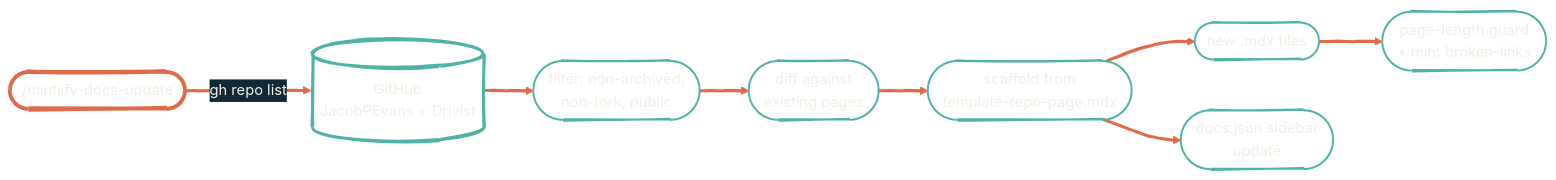
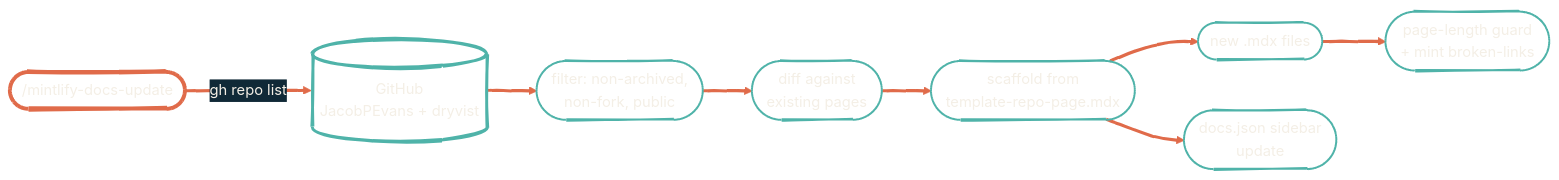
The diagram in tools/automation.mdx (dryvist/docs), drawn with Mermaid before and after one commit. The commit also changed other lines of this file and 7 other files, not shown here.

````diff
--- a/tools/automation.mdx
+++ b/tools/automation.mdx
@@ -13,22 +13,22 @@
 ```mermaid
 %%{init: {'theme':'base','look':'handDrawn','themeVariables':{'primaryColor':'#4FB3A9','primaryTextColor':'#F4EFE6','primaryBorderColor':'#2F7E78','lineColor':'#E06B4A','secondaryColor':'#102937','tertiaryColor':'#0B1D2A','clusterBkg':'transparent','clusterBorder':'#4FB3A9','fontFamily':'Geist','fontSize':'15px'}}}%%
 flowchart LR
-  Skill(["/mintlify-docs-update"]) -->|gh repo list| Repos[("GitHub<br/>JacobPEvans + Drivist")]
+  Skill(["/mintlify-docs-update"]) -->|gh repo list| Repos[("GitHub<br/>JacobPEvans + dryvist")]
   Repos --> Filter(["filter: non-archived,<br/>non-fork, public"])
   Filter --> Diff(["diff against<br/>existing pages"])
   Diff --> Tmpl(["scaffold from<br/>template-repo-page.mdx"])
   Tmpl --> Pages(["new .mdx files"])
   Tmpl --> Nav(["docs.json sidebar<br/>update"])
   Pages --> Guard(["page-length guard<br/>+ mint broken-links"])
 
   style Skill fill:transparent,stroke:#E06B4A,stroke-width:4px,color:#F4EFE6
   style Repos fill:transparent,stroke:#4FB3A9,stroke-width:3px,color:#F4EFE6
   style Filter fill:transparent,stroke:#4FB3A9,stroke-width:2px,color:#F4EFE6
   style Diff fill:transparent,stroke:#4FB3A9,stroke-width:2px,color:#F4EFE6
   style Tmpl fill:transparent,stroke:#4FB3A9,stroke-width:2px,color:#F4EFE6
   style Pages fill:transparent,stroke:#4FB3A9,stroke-width:2px,color:#F4EFE6
   style Nav fill:transparent,stroke:#4FB3A9,stroke-width:2px,color:#F4EFE6
   style Guard fill:transparent,stroke:#4FB3A9,stroke-width:2px,color:#F4EFE6
 
   linkStyle default stroke:#E06B4A,stroke-width:3px
 ```
````
